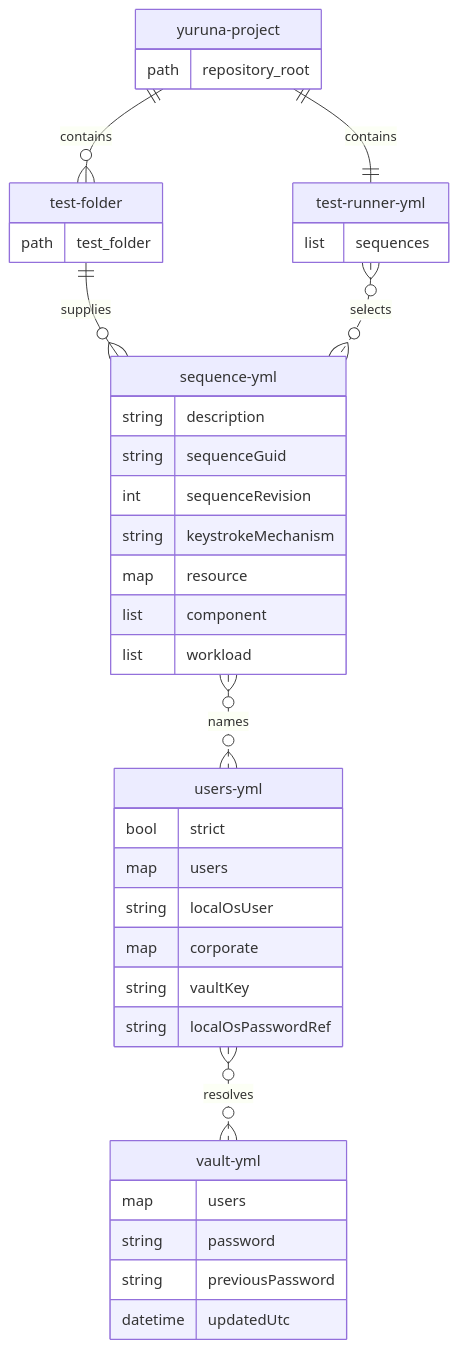
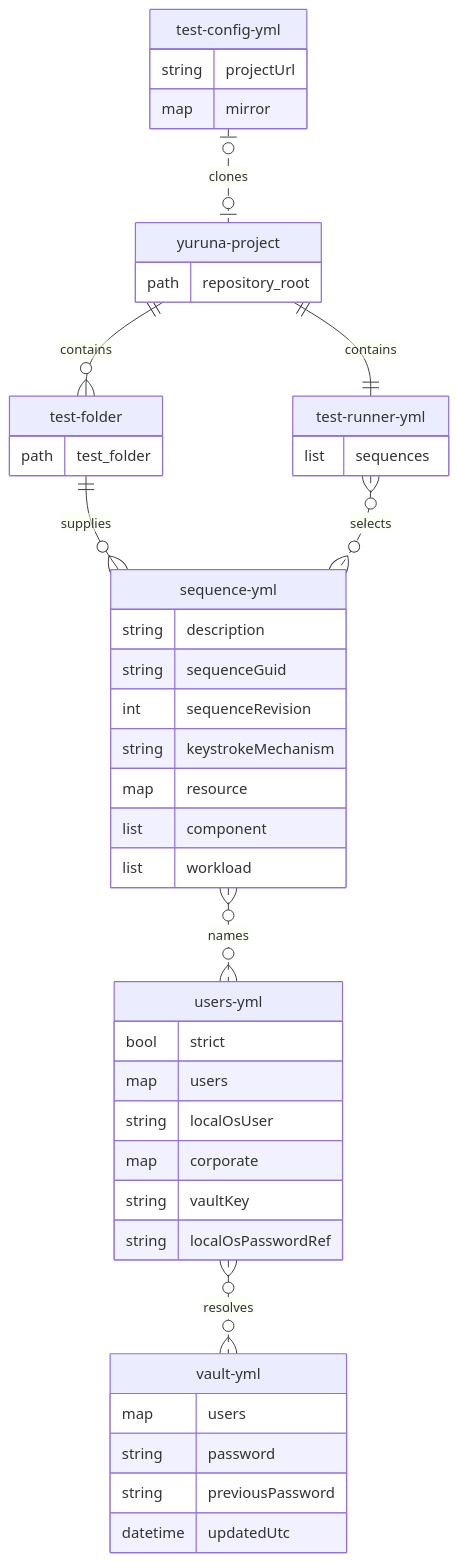
One commit to alissonsol/yuruna changed the third of 3 diagrams in docs/design/05-data-model.md. Above: the diagram before and after it, drawn with Mermaid. The commit also changed other lines of this file and 1396 other files, not shown here.

````diff
--- a/docs/design/05-data-model.md
+++ b/docs/design/05-data-model.md
@@ -199,41 +207,47 @@
 ```mermaid
 erDiagram
+    %% optional: an empty projectUrl skips the clone.
+    test-config-yml |o..o| yuruna-project : clones
     yuruna-project ||--o{ test-folder : contains
     yuruna-project ||--|| test-runner-yml : contains
     test-folder ||--o{ sequence-yml : supplies
     test-runner-yml }o..o{ sequence-yml : selects
     sequence-yml }o..o{ users-yml : names
     users-yml }o..o{ vault-yml : resolves
+    test-config-yml {
+        string projectUrl
+        map mirror
+    }
     yuruna-project {
         path repository_root
     }
     test-folder {
         path test_folder
     }
     test-runner-yml {
         list sequences
     }
     sequence-yml {
         string description
         string sequenceGuid
         int sequenceRevision
         string keystrokeMechanism
         map resource
         list component
         list workload
     }
     users-yml {
         bool strict
         map users
         string localOsUser
         map corporate
         string vaultKey
         string localOsPasswordRef
     }
     vault-yml {
         map users
         string password
         string previousPassword
         datetime updatedUtc
     }
 ```
````
